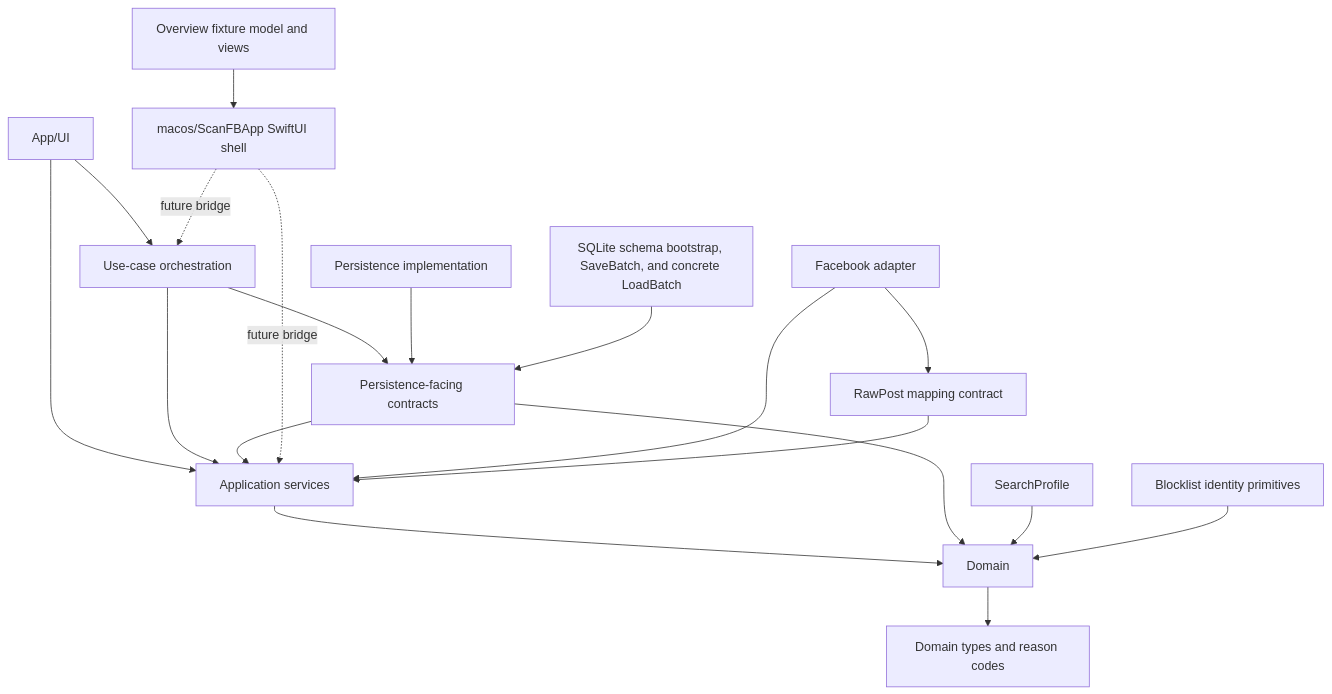
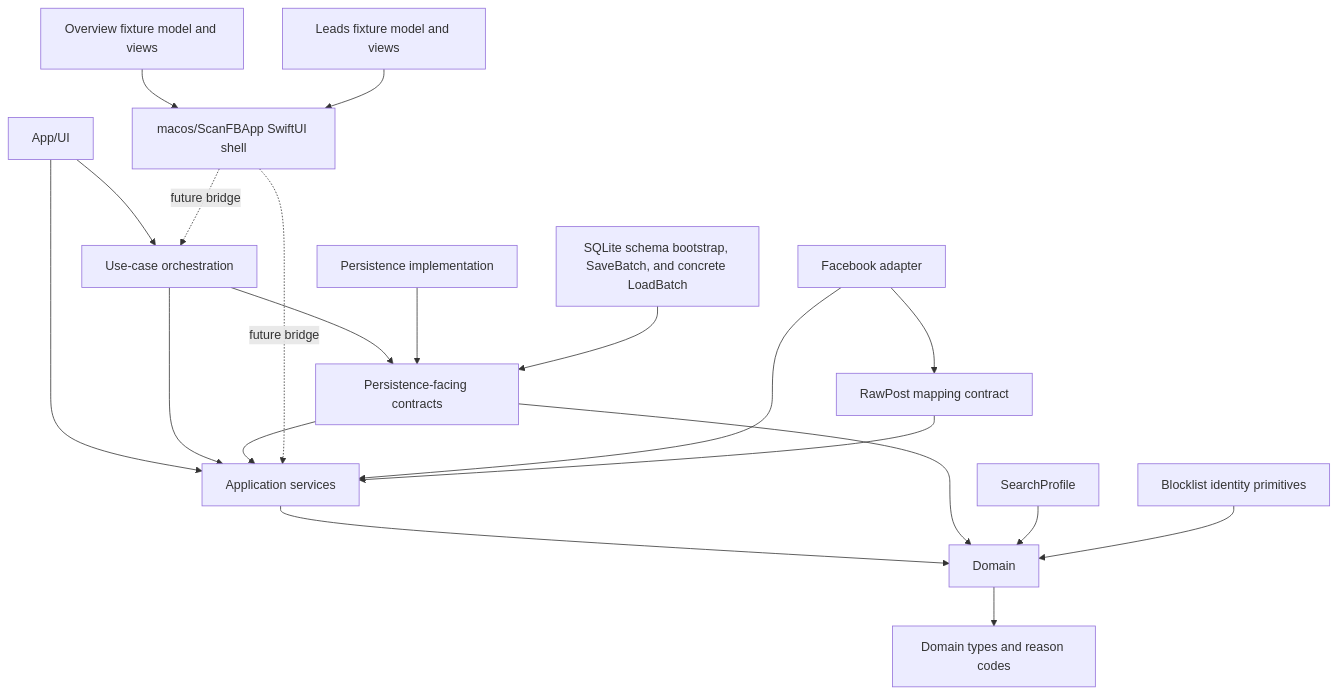
One commit to soleda2026/ScanFB changed the diagram in docs/CODE_GRAPH.md. Above: the diagram before and after it, drawn with Mermaid. The commit also changed other lines of this file and 13 other files, not shown here.

````diff
--- a/docs/CODE_GRAPH.md
+++ b/docs/CODE_GRAPH.md
@@ -7,21 +7,22 @@
 ```mermaid
 flowchart TD
     UI["App/UI"] --> APP["Application services"]
     UI --> ORCH["Use-case orchestration"]
     ORCH --> APP
     ORCH --> PERSIST_CONTRACT
     APP --> DOMAIN["Domain"]
     PERSIST_CONTRACT["Persistence-facing contracts"] --> APP
     PERSIST_CONTRACT --> DOMAIN
     PERSIST_IMPL["Persistence implementation"] --> PERSIST_CONTRACT
     SQLITE["SQLite schema bootstrap, SaveBatch, and concrete LoadBatch"] --> PERSIST_CONTRACT
     MACOS_APP["macos/ScanFBApp SwiftUI shell"] -.future bridge.-> ORCH
     MACOS_APP -.future bridge.-> APP
     OVERVIEW_FIXTURE["Overview fixture model and views"] --> MACOS_APP
+    LEADS_FIXTURE["Leads fixture model and views"] --> MACOS_APP
     FB["Facebook adapter"] --> APP
     FB --> RAW["RawPost mapping contract"]
     RAW --> APP
     PROFILE["SearchProfile"] --> DOMAIN
     DOMAIN --> TYPES["Domain types and reason codes"]
     BLOCKLIST["Blocklist identity primitives"] --> DOMAIN
 ```
````
